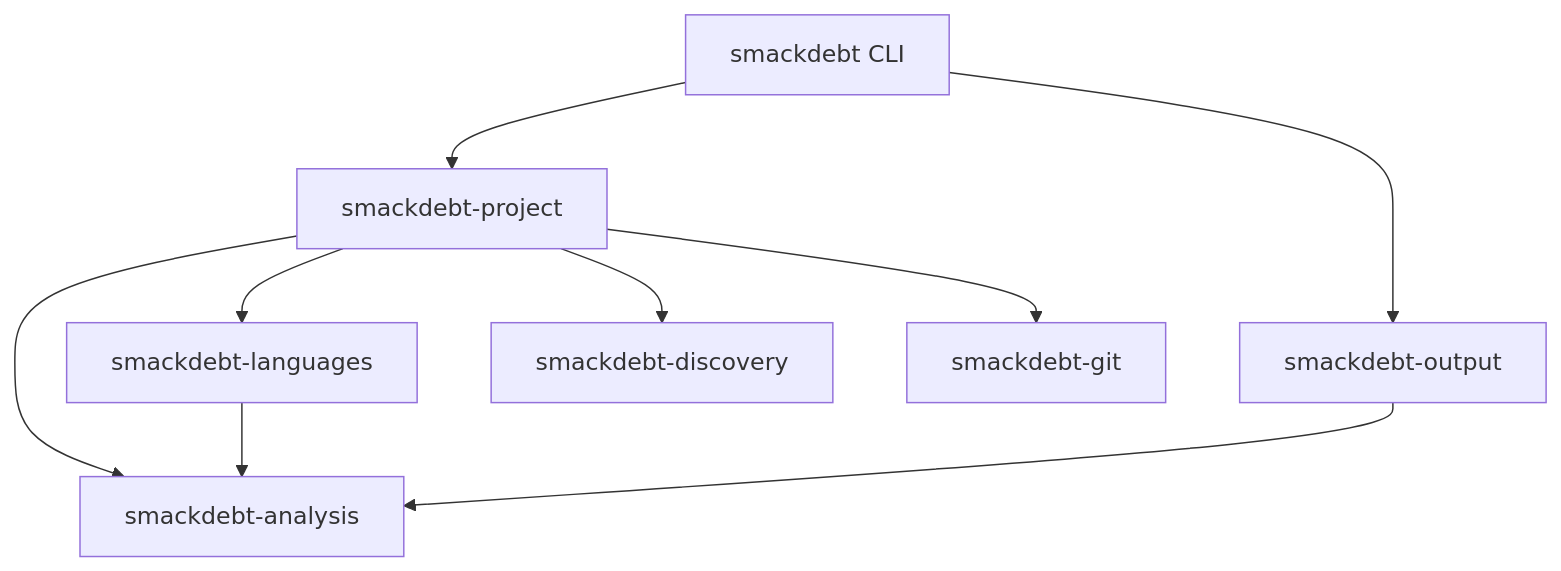
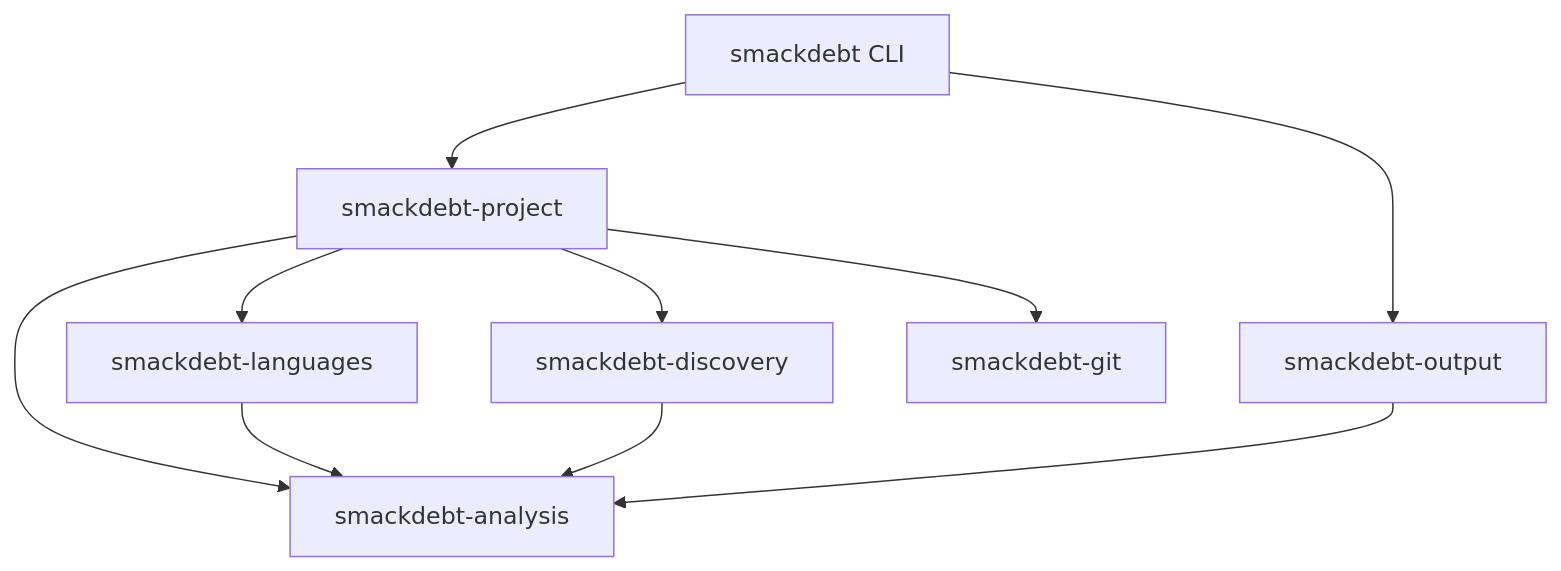
Before and after one commit to bosun-ai/smackdebt: the diagram in ARCHITECTURE.md, drawn with Mermaid. The commit also changed other lines of this file and 46 other files, not shown here.

````diff
--- a/ARCHITECTURE.md
+++ b/ARCHITECTURE.md
@@ -14,11 +14,12 @@
 ```mermaid
 flowchart TD
     CLI[smackdebt CLI] --> Project[smackdebt-project]
     CLI --> Output[smackdebt-output]
     Project --> Analysis[smackdebt-analysis]
     Project --> Languages[smackdebt-languages]
     Project --> Discovery[smackdebt-discovery]
     Project --> Git[smackdebt-git]
     Output --> Analysis
     Languages --> Analysis
+    Discovery --> Analysis
 ```
````
